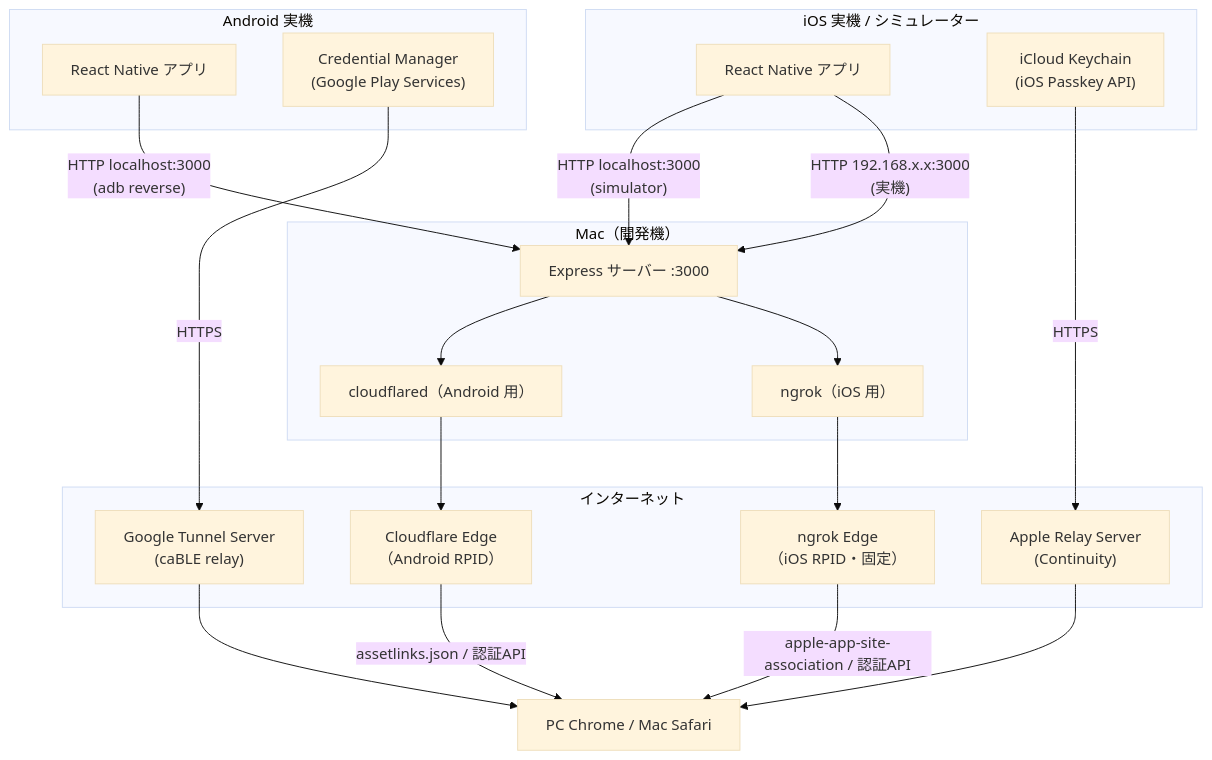
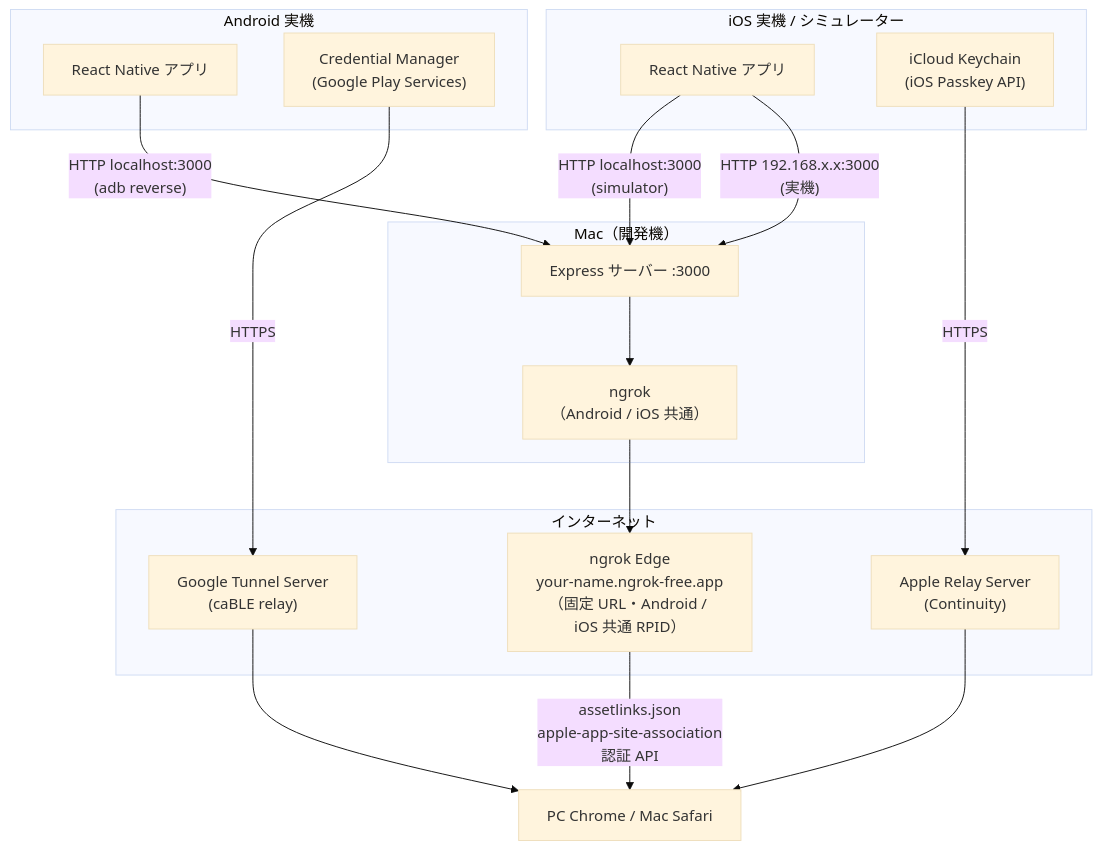
Before and after one commit to taka1226s/passkey-poc: the first of 6 diagrams in README.md, drawn with Mermaid (base theme). The commit also changed other lines of this file, not shown here.

First line of the commit message:
README: HTTPS トンネルを ngrok static domain に統一

````diff
--- a/README.md
+++ b/README.md
@@ -203,37 +204,33 @@
 ```mermaid
 graph TB
     subgraph Android["Android 実機"]
         AppA["React Native アプリ"]
         CMA["Credential Manager<br/>(Google Play Services)"]
     end
 
     subgraph iOS["iOS 実機 / シミュレーター"]
         AppI["React Native アプリ"]
         CMI["iCloud Keychain<br/>(iOS Passkey API)"]
     end
 
     subgraph Mac["Mac（開発機）"]
         Server["Express サーバー :3000"]
-        CF["cloudflared（Android 用）"]
-        NG["ngrok（iOS 用）"]
+        NG["ngrok<br/>（Android / iOS 共通）"]
     end
 
     subgraph Internet["インターネット"]
-        CFEdge["Cloudflare Edge<br/>（Android RPID）"]
-        NGEdge["ngrok Edge<br/>（iOS RPID・固定）"]
+        NGEdge["ngrok Edge<br/>your-name.ngrok-free.app<br/>（固定 URL・Android / iOS 共通 RPID）"]
         GTS["Google Tunnel Server<br/>(caBLE relay)"]
         ATS["Apple Relay Server<br/>(Continuity)"]
     end
 
     Browser["PC Chrome / Mac Safari"]
 
     AppA -- "HTTP localhost:3000<br/>(adb reverse)" --> Server
     AppI -- "HTTP localhost:3000<br/>(simulator)" --> Server
     AppI -- "HTTP 192.168.x.x:3000<br/>(実機)" --> Server
-    Server --> CF --> CFEdge
     Server --> NG --> NGEdge
-    CFEdge -- "assetlinks.json / 認証API" --> Browser
-    NGEdge -- "apple-app-site-association / 認証API" --> Browser
+    NGEdge -- "assetlinks.json<br/>apple-app-site-association<br/>認証 API" --> Browser
     CMA -- "HTTPS" --> GTS --> Browser
     CMI -- "HTTPS" --> ATS --> Browser
 ```
````
